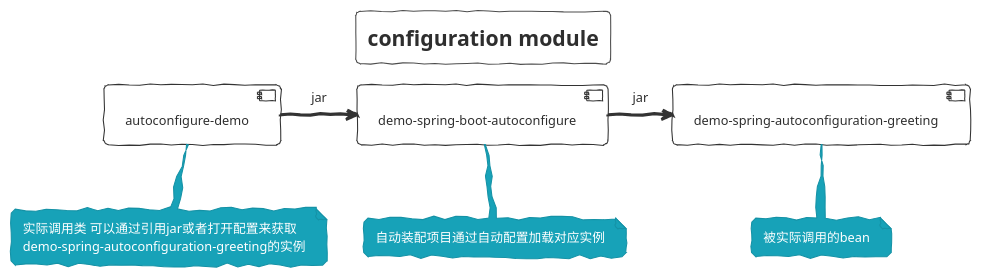
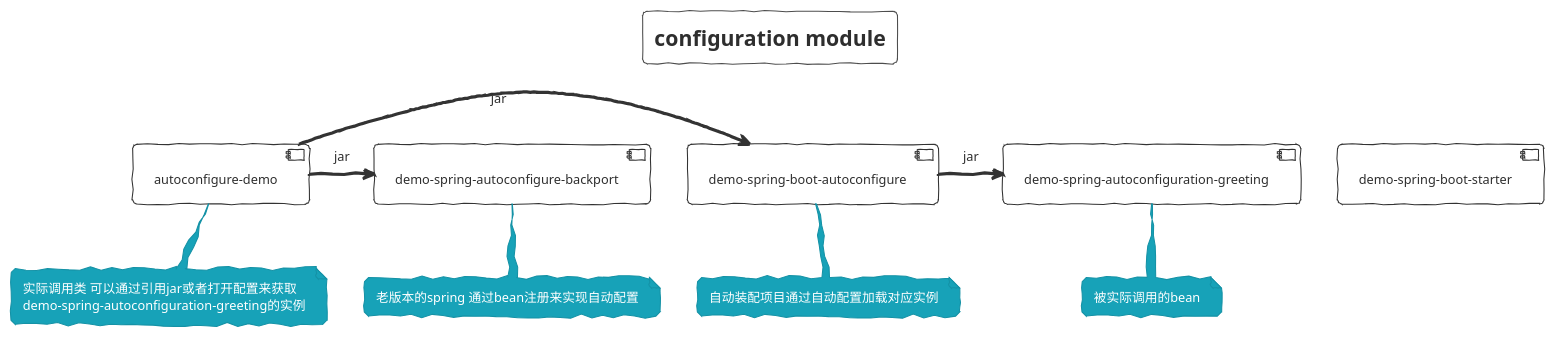
The diagram in spring-boot-configuration/Module.puml (FantasybabyChange/springStudyProject), drawn with PlantUML before and after one commit. The commit also changed 12 other files, not shown here.

```diff
--- a/spring-boot-configuration/Module.puml
+++ b/spring-boot-configuration/Module.puml
@@ -1,21 +1,25 @@
-@startuml configuration module
+@startuml CONFIGURATION_MODULE
 !theme sketchy-outline
 title configuration module
 [autoconfigure-demo] as ad
 [demo-spring-autoconfiguration-greeting] as dge
 [demo-spring-boot-autoconfigure] as dsa
+[demo-spring-autoconfigure-backport] as dacb
+[demo-spring-boot-starter] as dsbs
 note bottom of dge
    被实际调用的bean
 end note
 note bottom of dsa
    自动装配项目通过自动配置加载对应实例
 end note
 note bottom of ad
    实际调用类 可以通过引用jar或者打开配置来获取
    demo-spring-autoconfiguration-greeting的实例
 end note
-
+note bottom of dacb
+   老版本的spring 通过bean注册来实现自动配置
+end note
+ad ->dsa:jar 
 dsa ->dge:jar 
-ad ->dsa:jar 
-
+ad ->dacb:jar
 @enduml
```
